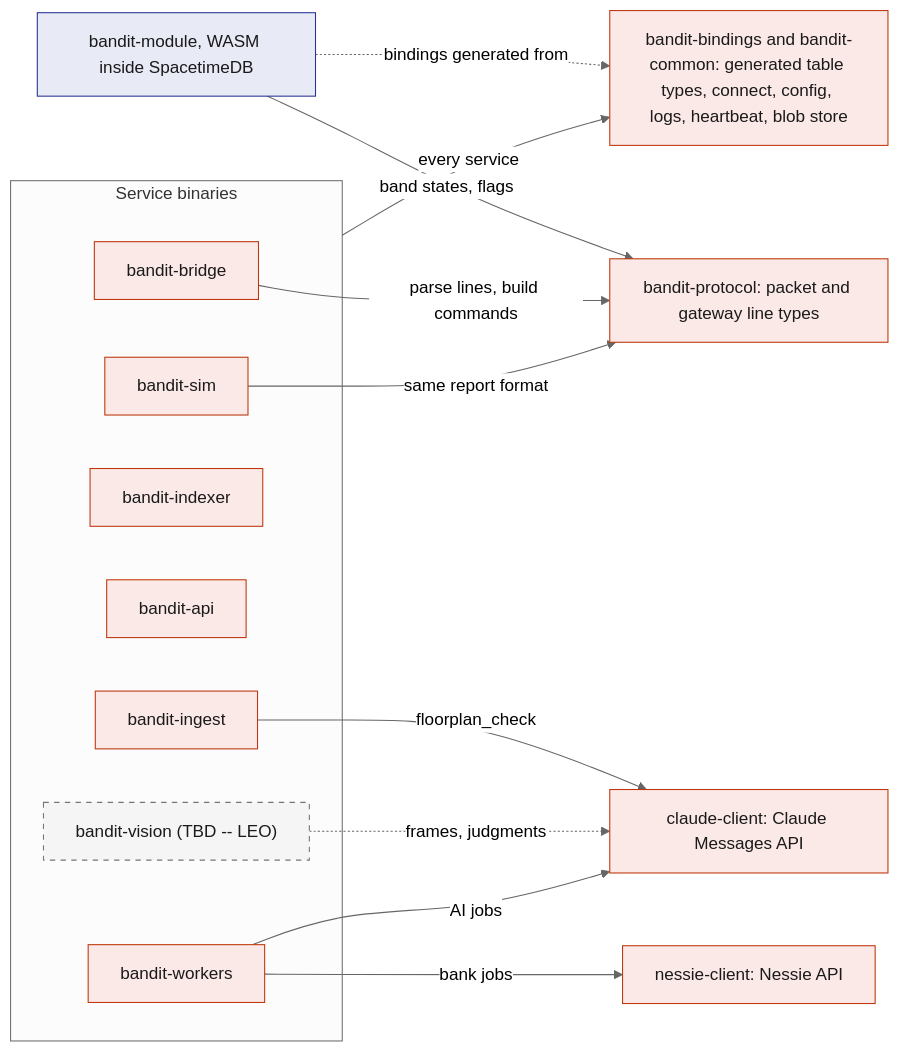
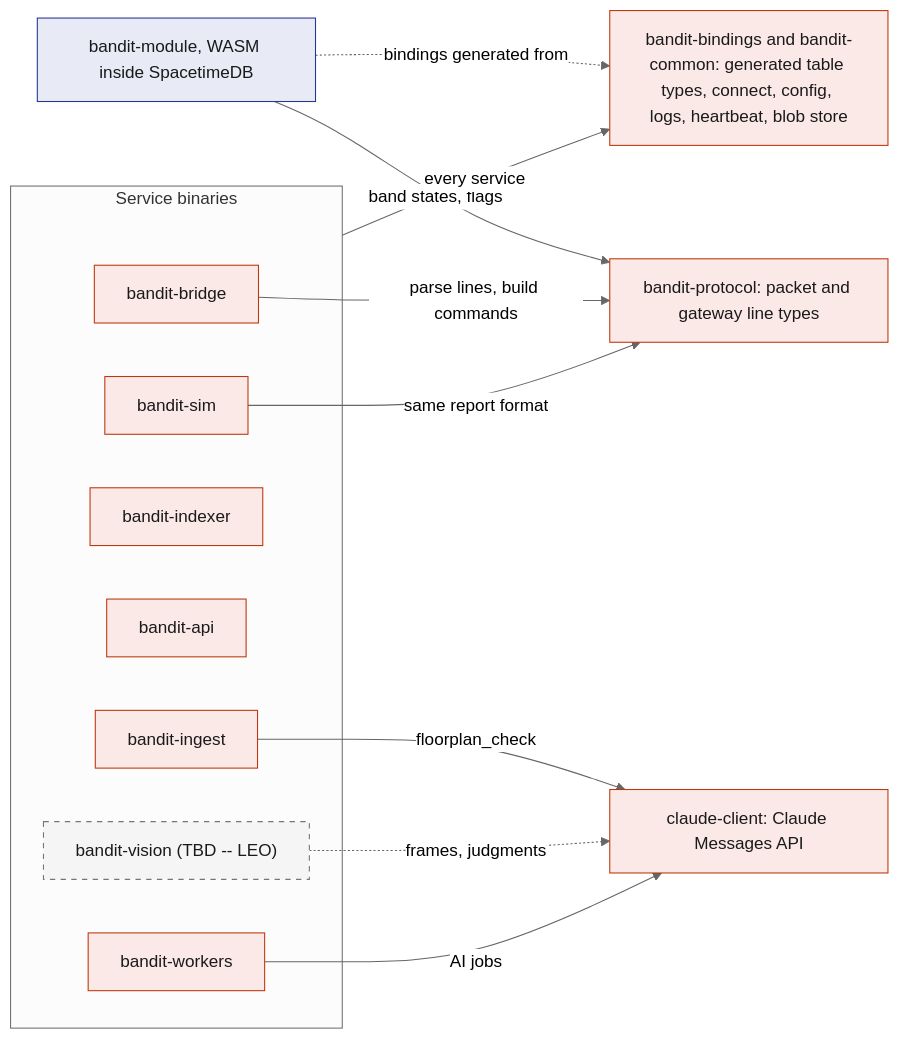
Before and after one commit to viktorinkov/cal-hacks-13: the first of 4 diagrams in System Design/3-services/Rust-Backend.md, drawn with Mermaid (neutral theme). The commit also changed other lines of this file and 21 other files, not shown here.

````diff
--- a/System Design/3-services/Rust-Backend.md
+++ b/System Design/3-services/Rust-Backend.md
@@ -44,34 +44,32 @@
 ```mermaid
 flowchart LR
   Module["bandit-module, WASM inside SpacetimeDB"]
   subgraph Services["Service binaries"]
     Bridge["bandit-bridge"]
     Sim["bandit-sim"]
     Indexer["bandit-indexer"]
     API["bandit-api"]
     Ingest["bandit-ingest"]
     Vision["bandit-vision (TBD -- LEO)"]
     Workers["bandit-workers"]
   end
   Shared["bandit-bindings and bandit-common: generated table types, connect, config, logs, heartbeat, blob store"]
   Protocol["bandit-protocol: packet and gateway line types"]
   ClaudeC["claude-client: Claude Messages API"]
-  NessieC["nessie-client: Nessie API"]
 
   Module -.->|"bindings generated from"| Shared
   Services -->|"every service"| Shared
   Module -->|"band states, flags"| Protocol
   Bridge -->|"parse lines, build commands"| Protocol
   Sim -->|"same report format"| Protocol
   Ingest -->|"floorplan_check"| ClaudeC
   Vision -.->|"frames, judgments"| ClaudeC
   Workers -->|"AI jobs"| ClaudeC
-  Workers -->|"bank jobs"| NessieC
 
   classDef rust fill:#FBE9E7,stroke:#BF360C,color:#1A1A1A
   classDef stdb fill:#E8EAF6,stroke:#283593,color:#1A1A1A
   classDef tbd fill:#F5F5F5,stroke:#757575,color:#1A1A1A,stroke-dasharray:5 5
-  class Protocol,ClaudeC,NessieC,Shared,Bridge,Sim,Ingest,Indexer,API,Workers rust
+  class Protocol,ClaudeC,Shared,Bridge,Sim,Ingest,Indexer,API,Workers rust
   class Module stdb
   class Vision tbd
 ```
````
